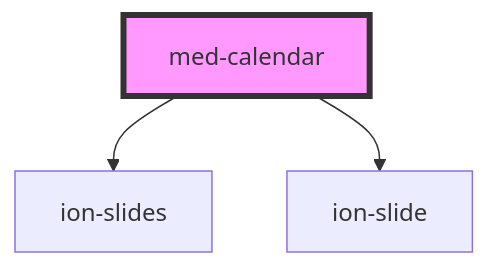
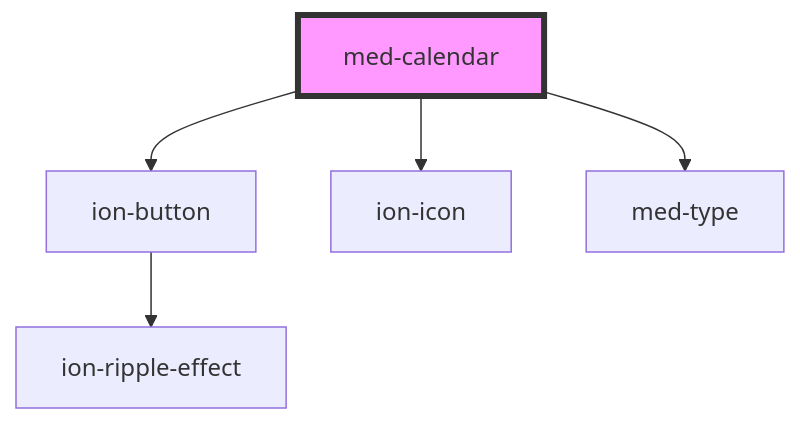
The diagram in core/src/components/@medgrupo/core/med-calendar/readme.md (MEDGRUPOGIT/ionic-framework-1), drawn with Mermaid before and after one commit. The commit also changed other lines of this file and 19 other files, not shown here.

````diff
--- a/core/src/components/@medgrupo/core/med-calendar/readme.md
+++ b/core/src/components/@medgrupo/core/med-calendar/readme.md
@@ -23,6 +24,8 @@
 ```mermaid
 graph TD;
-  med-calendar --> ion-slides
-  med-calendar --> ion-slide
+  med-calendar --> ion-button
+  med-calendar --> ion-icon
+  med-calendar --> med-type
+  ion-button --> ion-ripple-effect
   style med-calendar fill:#f9f,stroke:#333,stroke-width:4px
 ```
````
